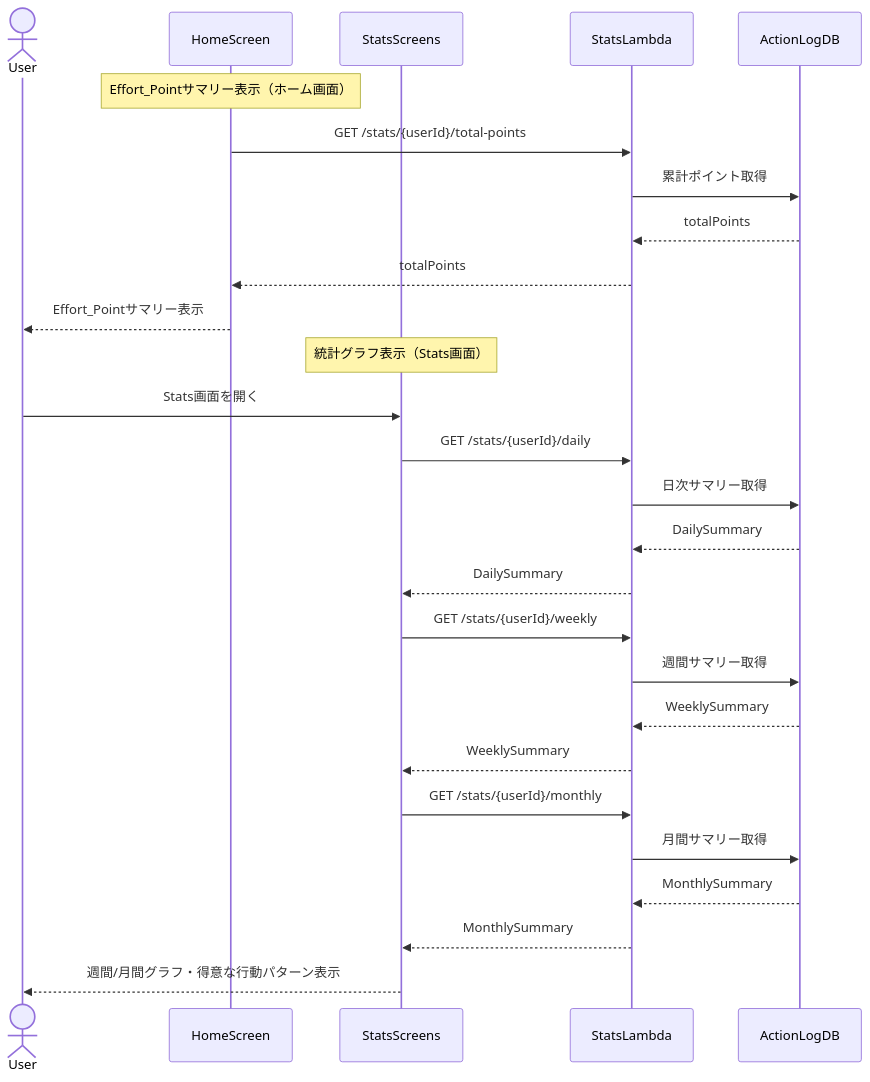
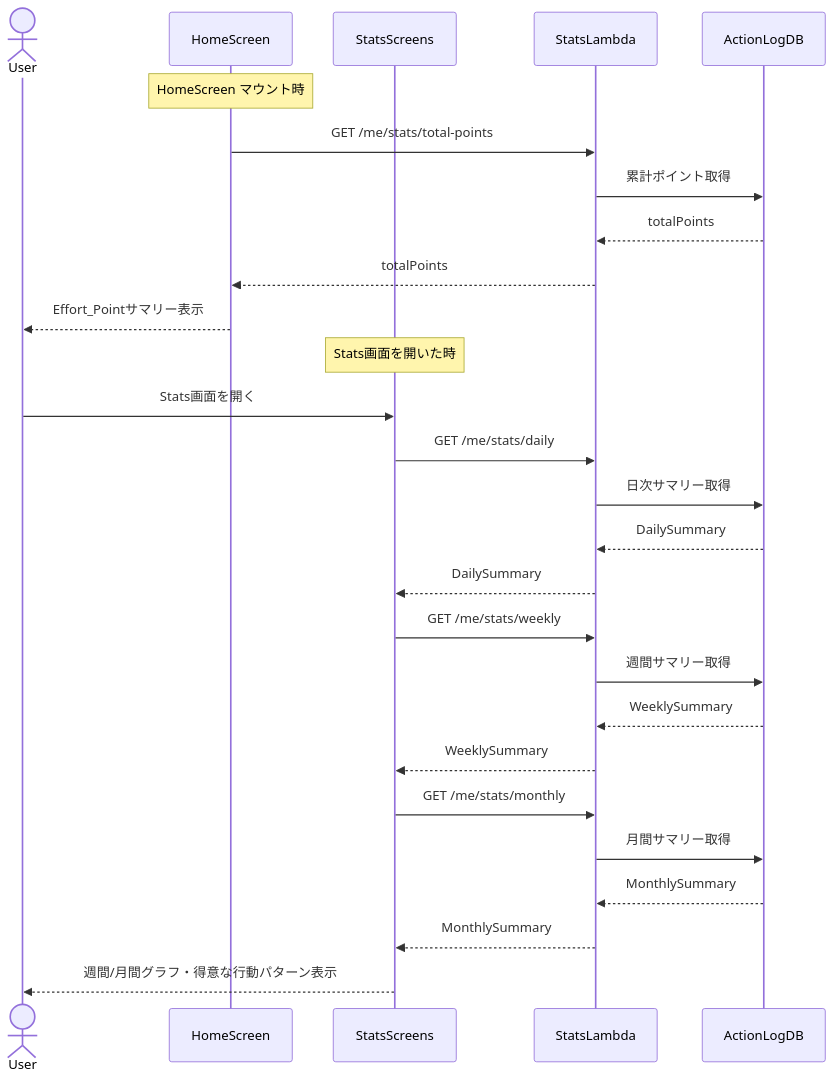
Before and after one commit to aws-dlc-hackathon-team-a/team-a: the seventh of 10 diagrams in aidlc-docs/inception/application-design/component-dependency.md, drawn with Mermaid. The commit also changed other lines of this file and 10 other files, not shown here.

````diff
--- a/aidlc-docs/inception/application-design/component-dependency.md
+++ b/aidlc-docs/inception/application-design/component-dependency.md
@@ -235,34 +256,34 @@
 ```mermaid
 sequenceDiagram
     actor User
     participant HomeScreen
     participant StatsScreens
     participant StatsLambda
     participant ActionLogDB
 
-    Note over HomeScreen: Effort_Pointサマリー表示（ホーム画面）
-    HomeScreen->>StatsLambda: GET /stats/{userId}/total-points
+    Note over HomeScreen: HomeScreen マウント時
+    HomeScreen->>StatsLambda: GET /me/stats/total-points
     StatsLambda->>ActionLogDB: 累計ポイント取得
     ActionLogDB-->>StatsLambda: totalPoints
     StatsLambda-->>HomeScreen: totalPoints
     HomeScreen-->>User: Effort_Pointサマリー表示
 
-    Note over StatsScreens: 統計グラフ表示（Stats画面）
+    Note over StatsScreens: Stats画面を開いた時
     User->>StatsScreens: Stats画面を開く
-    StatsScreens->>StatsLambda: GET /stats/{userId}/daily
+    StatsScreens->>StatsLambda: GET /me/stats/daily
     StatsLambda->>ActionLogDB: 日次サマリー取得
     ActionLogDB-->>StatsLambda: DailySummary
     StatsLambda-->>StatsScreens: DailySummary
 
-    StatsScreens->>StatsLambda: GET /stats/{userId}/weekly
+    StatsScreens->>StatsLambda: GET /me/stats/weekly
     StatsLambda->>ActionLogDB: 週間サマリー取得
     ActionLogDB-->>StatsLambda: WeeklySummary
     StatsLambda-->>StatsScreens: WeeklySummary
 
-    StatsScreens->>StatsLambda: GET /stats/{userId}/monthly
+    StatsScreens->>StatsLambda: GET /me/stats/monthly
     StatsLambda->>ActionLogDB: 月間サマリー取得
     ActionLogDB-->>StatsLambda: MonthlySummary
     StatsLambda-->>StatsScreens: MonthlySummary
 
     StatsScreens-->>User: 週間/月間グラフ・得意な行動パターン表示
 ```
````
